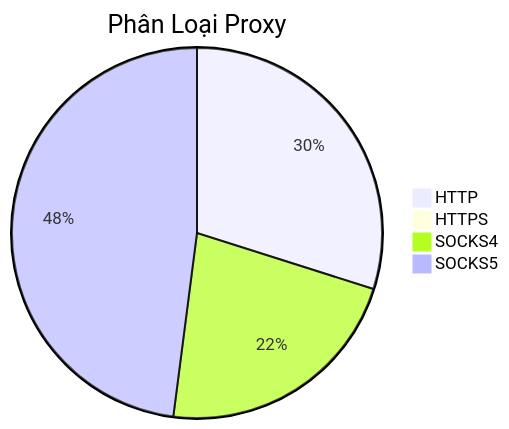
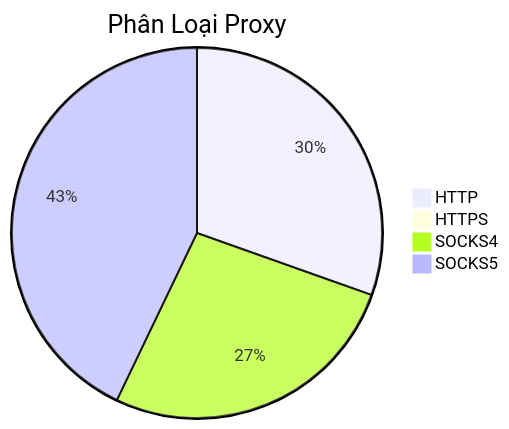
One commit to Ciara-Aa/PROXY-free changed the diagram in README.md. Above: the diagram before and after it, drawn with Mermaid. The commit also changed other lines of this file and 3 other files, not shown here.

````diff
--- a/README.md
+++ b/README.md
@@ -26,7 +26,7 @@
 ```mermaid
 pie title Phân Loại Proxy
-    "HTTP" : 278
+    "HTTP" : 325
     "HTTPS" : 0
-    "SOCKS4" : 206
-    "SOCKS5" : 446
+    "SOCKS4" : 285
+    "SOCKS5" : 458
 ```
````
